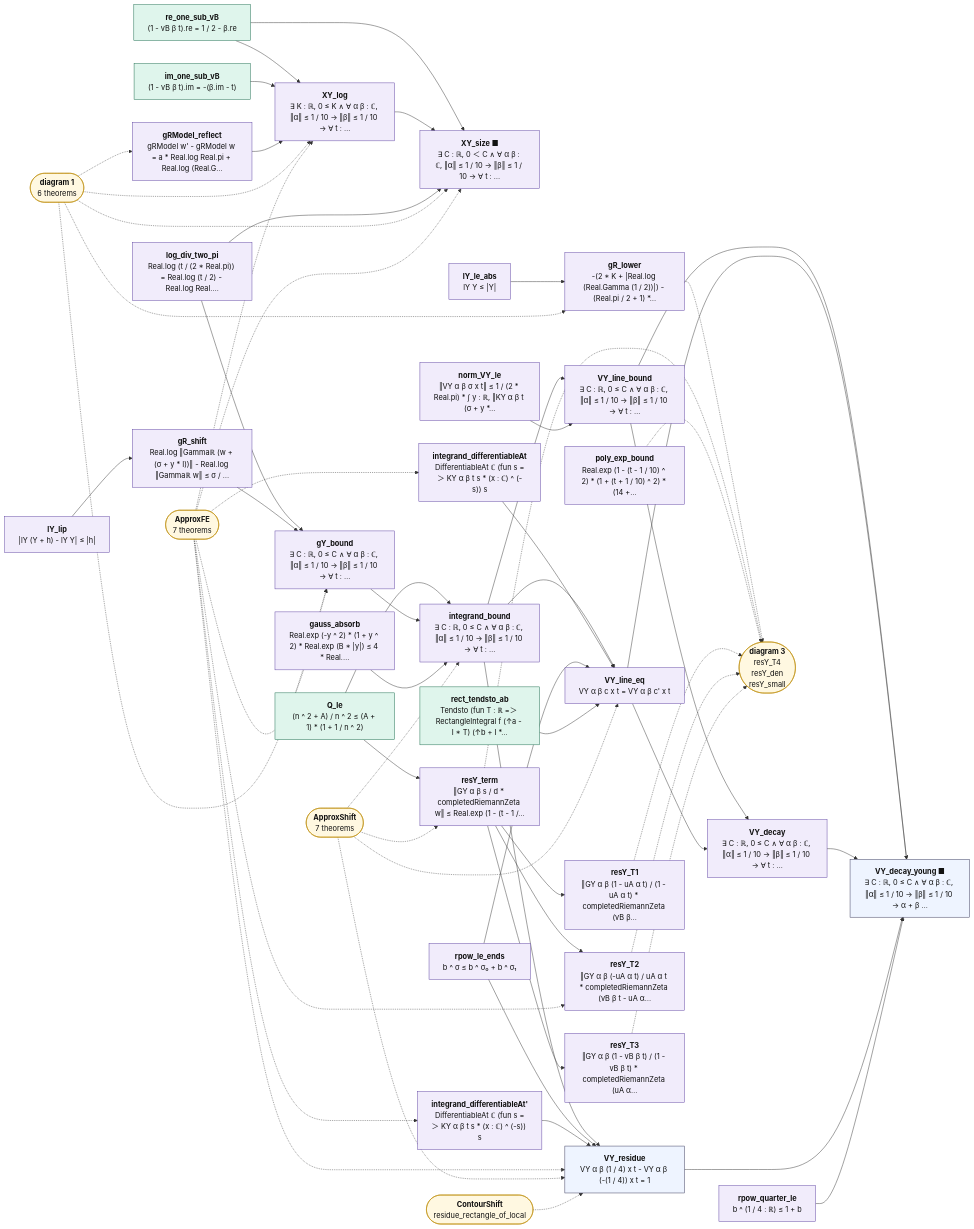
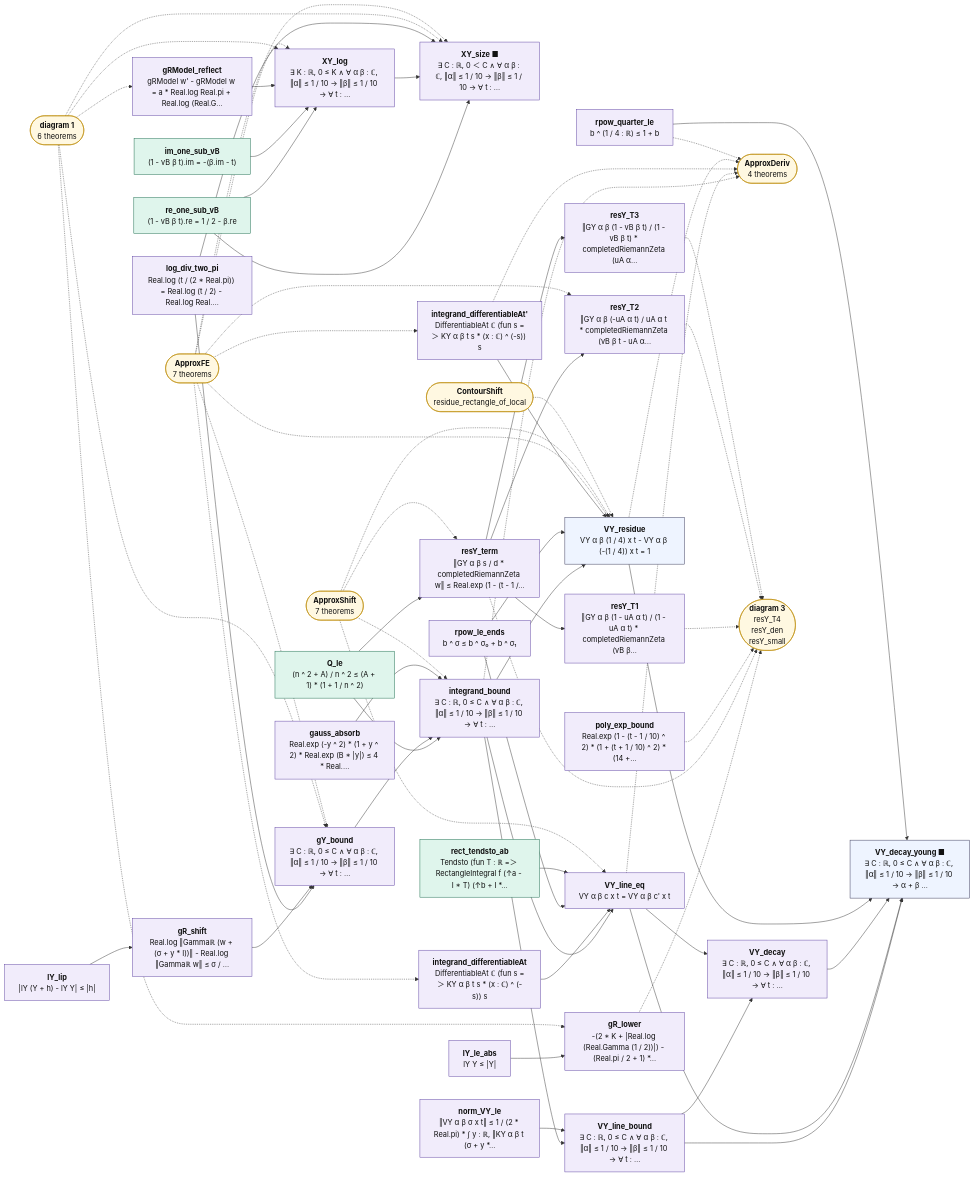
The diagram in map/lean_stage3/ApproxBounds.2.mmd (juliansambranojr/Primebeat_081426), drawn with Mermaid before and after one commit. The commit also changed 18 other files, not shown here.

```diff
--- a/map/lean_stage3/ApproxBounds.2.mmd
+++ b/map/lean_stage3/ApproxBounds.2.mmd
@@ -1,100 +1,106 @@
 flowchart LR
   n0["<b>re_one_sub_vB</b><br/>(1 - vB β t).re = 1 / 2 - β.re"]:::cnt
   n1["<b>im_one_sub_vB</b><br/>(1 - vB β t).im = -(β.im - t)"]:::cnt
   n2["<b>gRModel_reflect</b><br/>gRModel w' - gRModel w = a * Real.log Real.pi + Real.log (Real.G…"]:::shp
   n3["<b>XY_log</b><br/>∃ K : ℝ, 0 ≤ K ∧ ∀ α β : ℂ, ‖α‖ ≤ 1 / 10 → ‖β‖ ≤ 1 / 10 → ∀ t : …"]:::shp
   n4["<b>log_div_two_pi</b><br/>Real.log (t / (2 * Real.pi)) = Real.log (t / 2) - Real.log Real.…"]:::shp
   n5["<b>XY_size ■</b><br/>∃ C : ℝ, 0 ＜ C ∧ ∀ α β : ℂ, ‖α‖ ≤ 1 / 10 → ‖β‖ ≤ 1 / 10 → ∀ t : …"]:::shp
   n6["<b>lY_lip</b><br/>|lY (Y + h) - lY Y| ≤ |h|"]:::shp
   n7["<b>gR_shift</b><br/>Real.log ‖Gammaℝ (w + (σ + y * I))‖ - Real.log ‖Gammaℝ w‖ ≤ σ / …"]:::shp
   n8["<b>gY_bound</b><br/>∃ C : ℝ, 0 ≤ C ∧ ∀ α β : ℂ, ‖α‖ ≤ 1 / 10 → ‖β‖ ≤ 1 / 10 → ∀ t : …"]:::shp
   n9["<b>gauss_absorb</b><br/>Real.exp (-y ^ 2) * (1 + y ^ 2) * Real.exp (B * |y|) ≤ 4 * Real.…"]:::shp
   n10["<b>Q_le</b><br/>(n ^ 2 + A) / n ^ 2 ≤ (A + 1) * (1 + 1 / n ^ 2)"]:::cnt
   n11["<b>integrand_bound</b><br/>∃ C : ℝ, 0 ≤ C ∧ ∀ α β : ℂ, ‖α‖ ≤ 1 / 10 → ‖β‖ ≤ 1 / 10 → ∀ t : …"]:::shp
   n12["<b>norm_VY_le</b><br/>‖VY α β σ x t‖ ≤ 1 / (2 * Real.pi) * ∫ y : ℝ, ‖KY α β t (σ + y *…"]:::shp
   n13["<b>VY_line_bound</b><br/>∃ C : ℝ, 0 ≤ C ∧ ∀ α β : ℂ, ‖α‖ ≤ 1 / 10 → ‖β‖ ≤ 1 / 10 → ∀ t : …"]:::shp
   n14["<b>integrand_differentiableAt</b><br/>DifferentiableAt ℂ (fun s =＞ KY α β t s * (x : ℂ) ^ (-s)) s"]:::shp
   n15["<b>rpow_le_ends</b><br/>b ^ σ ≤ b ^ σ₀ + b ^ σ₁"]:::shp
   n16["<b>rect_tendsto_ab</b><br/>Tendsto (fun T : ℝ =＞ RectangleIntegral f (↑a - I * T) (↑b + I *…"]:::cnt
   n17["<b>VY_line_eq</b><br/>VY α β c x t = VY α β c' x t"]:::shp
   n18["<b>VY_decay</b><br/>∃ C : ℝ, 0 ≤ C ∧ ∀ α β : ℂ, ‖α‖ ≤ 1 / 10 → ‖β‖ ≤ 1 / 10 → ∀ t : …"]:::shp
   n19["<b>integrand_differentiableAt'</b><br/>DifferentiableAt ℂ (fun s =＞ KY α β t s * (x : ℂ) ^ (-s)) s"]:::shp
   n20["<b>VY_residue</b><br/>VY α β (1 / 4) x t - VY α β (-(1 / 4)) x t = 1"]:::thm
   n21["<b>rpow_quarter_le</b><br/>b ^ (1 / 4 : ℝ) ≤ 1 + b"]:::shp
   n22["<b>VY_decay_young ■</b><br/>∃ C : ℝ, 0 ≤ C ∧ ∀ α β : ℂ, ‖α‖ ≤ 1 / 10 → ‖β‖ ≤ 1 / 10 → α + β …"]:::thm
   n23["<b>lY_le_abs</b><br/>lY Y ≤ |Y|"]:::shp
   n24["<b>gR_lower</b><br/>-(2 * K + |Real.log (Real.Gamma (1 / 2))|) - (Real.pi / 2 + 1) *…"]:::shp
   n25["<b>resY_term</b><br/>‖GY α β s / d * completedRiemannZeta w‖ ≤ Real.exp (1 - (t - 1 /…"]:::shp
   n26["<b>poly_exp_bound</b><br/>Real.exp (1 - (t - 1 / 10) ^ 2) * (1 + (t + 1 / 10) ^ 2) * (14 +…"]:::shp
   n27["<b>resY_T1</b><br/>‖GY α β (1 - uA α t) / (1 - uA α t) * completedRiemannZeta (vB β…"]:::shp
   n28["<b>resY_T2</b><br/>‖GY α β (-uA α t) / uA α t * completedRiemannZeta (vB β t - uA α…"]:::shp
   n29["<b>resY_T3</b><br/>‖GY α β (1 - vB β t) / (1 - vB β t) * completedRiemannZeta (uA α…"]:::shp
   x0(["<b>diagram 1</b><br/>6 theorems"]):::ext
   x1(["<b>ApproxFE</b><br/>7 theorems"]):::ext
   x2(["<b>ApproxShift</b><br/>7 theorems"]):::ext
-  x3(["<b>ContourShift</b><br/>residue_rectangle_of_local"]):::ext
-  x4(["<b>diagram 3</b><br/>resY_T4<br/>resY_den<br/>resY_small"]):::ext
+  x3(["<b>ApproxDeriv</b><br/>4 theorems"]):::ext
+  x4(["<b>ContourShift</b><br/>residue_rectangle_of_local"]):::ext
+  x5(["<b>diagram 3</b><br/>resY_T4<br/>resY_den<br/>resY_small"]):::ext
   n0 --> n3
   n0 --> n5
   n1 --> n3
   n10 --> n11
   n10 --> n25
   n11 --> n13
   n11 --> n17
   n11 --> n20
   n12 --> n13
   n13 --> n18
   n13 --> n22
   n14 --> n17
   n15 --> n17
   n15 --> n20
   n16 --> n17
   n17 --> n18
   n17 --> n22
   n18 --> n22
   n19 --> n20
   n2 --> n3
   n20 --> n22
   n21 --> n22
   n23 --> n24
   n25 --> n27
   n25 --> n28
   n25 --> n29
   n3 --> n5
   n4 --> n5
   n4 --> n8
   n6 --> n7
   n7 --> n8
   n8 --> n11
   n9 --> n11
-  n24 -.-> x4
-  n25 -.-> x4
-  n26 -.-> x4
-  n27 -.-> x4
-  n28 -.-> x4
-  n29 -.-> x4
+  n11 -.-> x3
+  n17 -.-> x3
+  n19 -.-> x3
+  n20 -.-> x3
+  n21 -.-> x3
+  n24 -.-> x5
+  n25 -.-> x5
+  n26 -.-> x5
+  n27 -.-> x5
+  n28 -.-> x5
+  n29 -.-> x5
   x0 -.-> n2
   x0 -.-> n24
   x0 -.-> n3
   x0 -.-> n5
   x0 -.-> n8
   x1 -.-> n14
   x1 -.-> n19
   x1 -.-> n20
   x1 -.-> n28
   x1 -.-> n3
   x1 -.-> n5
   x1 -.-> n8
   x2 -.-> n11
   x2 -.-> n17
   x2 -.-> n20
   x2 -.-> n25
-  x3 -.-> n20
+  x4 -.-> n20
   classDef cnt fill:#dff5ec,stroke:#17694a,color:#111
   classDef shp fill:#f1ecfb,stroke:#5b3fa0,color:#111
   classDef rh fill:#ffe5e5,stroke:#c22,color:#111,stroke-width:2px
   classDef thm fill:#eef4ff,stroke:#335,color:#111
   classDef end_ fill:#e7f7e7,stroke:#2a7,color:#111,stroke-width:2px
   classDef lone fill:#fff,stroke:#999,color:#111,stroke-dasharray:4 3
   classDef bad fill:#ffe5e5,stroke:#c22,color:#111,stroke-width:2px
   classDef ext fill:#fff8e1,stroke:#b80,color:#111
```
